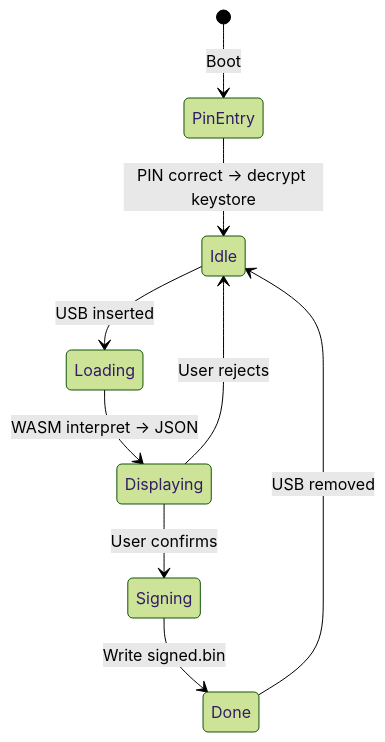
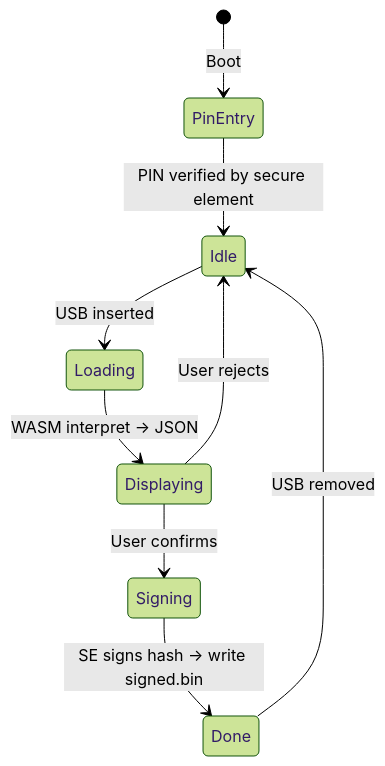
The second of 2 diagrams in docs/architecture/overview.md (paolino/air-gap-signer), drawn with Mermaid (forest theme) before and after one commit. The commit also changed other lines of this file and 15 other files, not shown here.

First line of the commit message:
feat: replace software keystore with secure element architecture

````diff
--- a/docs/architecture/overview.md
+++ b/docs/architecture/overview.md
@@ -30,11 +29,11 @@
 ```mermaid
 stateDiagram-v2
     [*] --> PinEntry: Boot
-    PinEntry --> Idle: PIN correct → decrypt keystore
+    PinEntry --> Idle: PIN verified by secure element
     Idle --> Loading: USB inserted
     Loading --> Displaying: WASM interpret → JSON
     Displaying --> Signing: User confirms
     Displaying --> Idle: User rejects
-    Signing --> Done: Write signed.bin
+    Signing --> Done: SE signs hash → write signed.bin
     Done --> Idle: USB removed
 ```
````
